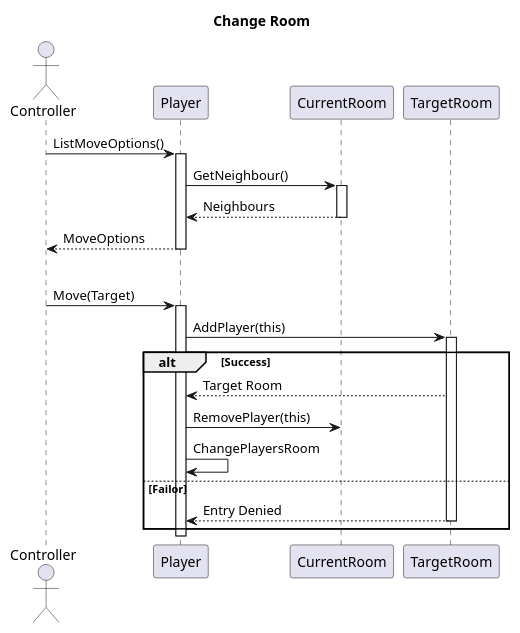
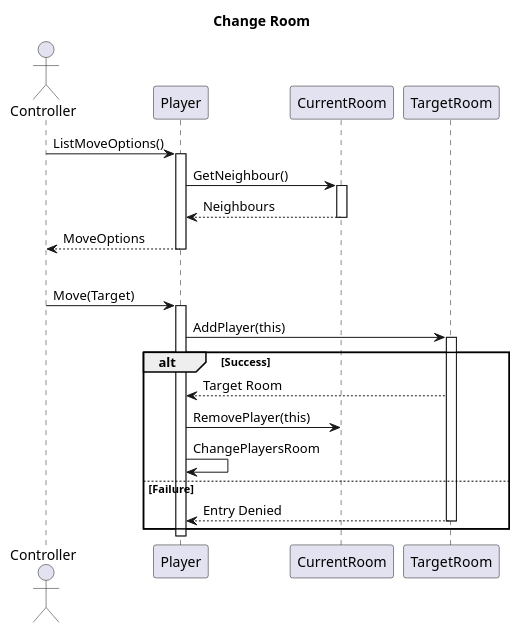
One commit to MBakter/echo changed the diagram in docs/simple_step.plantuml. Above: the diagram before and after it, drawn with PlantUML.

Commit message:
Spelling  mistake

```diff
--- a/docs/simple_step.plantuml
+++ b/docs/simple_step.plantuml
@@ -1,32 +1,32 @@
 @startuml
 title Change Room
 actor Controller
 
     Controller -> Player : ListMoveOptions()
 activate Player
 
         Player -> CurrentRoom : GetNeighbour()
     activate CurrentRoom
         Player <-- CurrentRoom : Neighbours
     deactivate CurrentRoom
 
     Controller <-- Player : MoveOptions
 deactivate Player
 
 |||
 
     Controller -> Player : Move(Target)
 activate Player
     Player -> TargetRoom : AddPlayer(this)
     activate TargetRoom
         alt Success
             TargetRoom --> Player : Target Room
             Player -> CurrentRoom : RemovePlayer(this)
             Player -> Player : ChangePlayersRoom 
-        else Failor
+        else Failure
             TargetRoom --> Player: Entry Denied
     deactivate TargetRoom
         end
 deactivate Player
 
 @enduml
```
